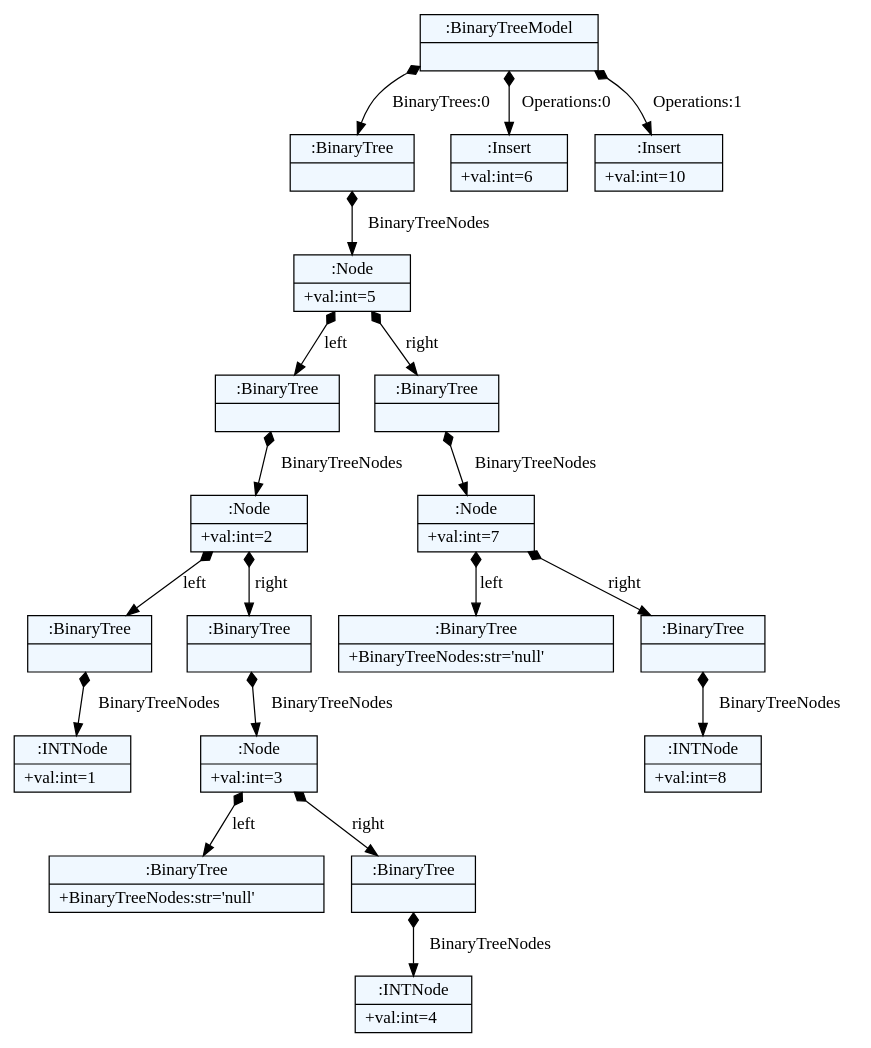
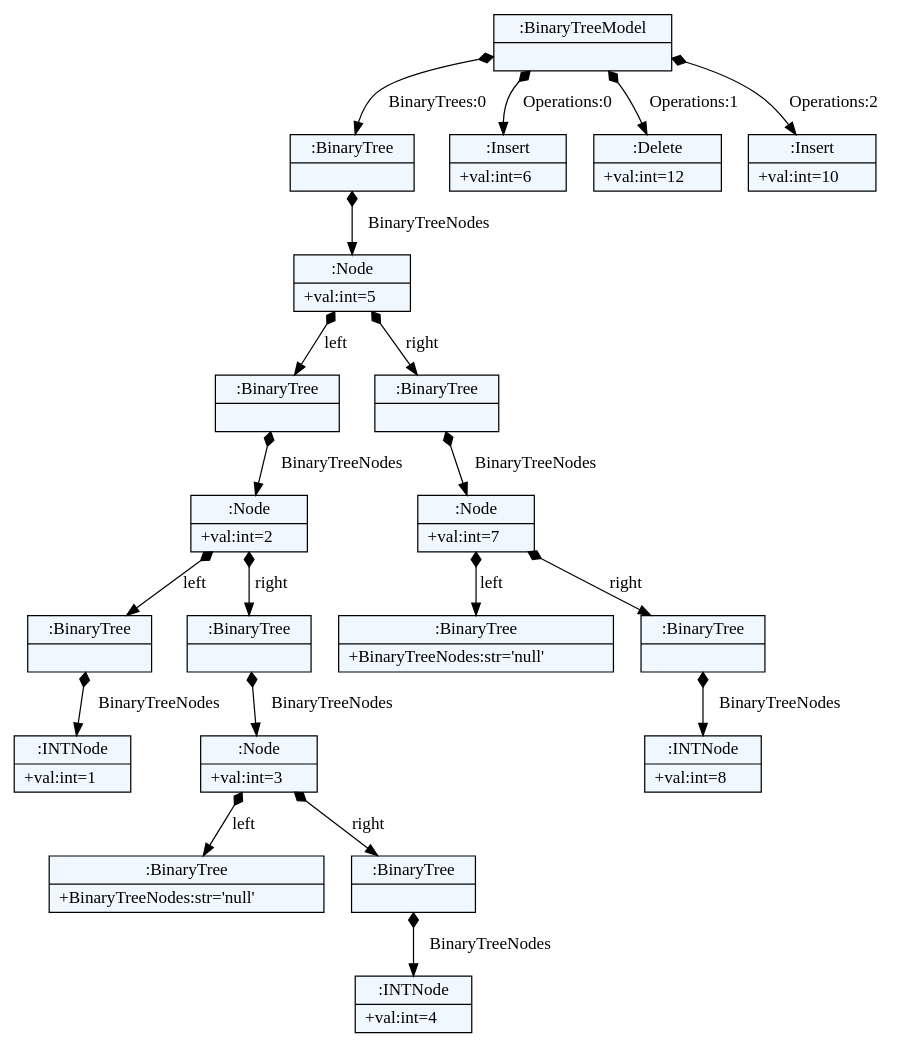
Before and after one commit to 0xtinyuk/DSL4BinaryTree: the diagram in test.dot, drawn with Graphviz. The commit also changed 4 other files, not shown here.

```diff
--- a/test.dot
+++ b/test.dot
@@ -1,52 +1,54 @@
 
     digraph textX {
     fontname = "Bitstream Vera Sans"
     fontsize = 8
     node[
         shape=record,
         style=filled,
         fillcolor=aliceblue
     ]
     nodesep = 0.3
     edge[dir=black,arrowtail=empty]
 
 
-4638082960 -> 4638083392 [label="BinaryTrees:0" arrowtail=diamond dir=both]
-4638083392 -> 4638083584 [label="BinaryTreeNodes" arrowtail=diamond dir=both]
-4638083584 -> 4638083728 [label="left" arrowtail=diamond dir=both]
-4638083728 -> 4638083872 [label="BinaryTreeNodes" arrowtail=diamond dir=both]
-4638083872 -> 4638084016 [label="left" arrowtail=diamond dir=both]
-4638084016 -> 4638084160 [label="BinaryTreeNodes" arrowtail=diamond dir=both]
-4638084160[label="{:INTNode|+val:int=1\l}"]
-4638084016[label="{:BinaryTree|}"]
-4638083872 -> 4638084112 [label="right" arrowtail=diamond dir=both]
-4638084112 -> 4638084352 [label="BinaryTreeNodes" arrowtail=diamond dir=both]
-4638084352 -> 4638084496 [label="left" arrowtail=diamond dir=both]
-4638084496[label="{:BinaryTree|+BinaryTreeNodes:str='null'\l}"]
-4638084352 -> 4638084592 [label="right" arrowtail=diamond dir=both]
-4638084592 -> 4638084736 [label="BinaryTreeNodes" arrowtail=diamond dir=both]
-4638084736[label="{:INTNode|+val:int=4\l}"]
-4638084592[label="{:BinaryTree|}"]
-4638084352[label="{:Node|+val:int=3\l}"]
-4638084112[label="{:BinaryTree|}"]
-4638083872[label="{:Node|+val:int=2\l}"]
-4638083728[label="{:BinaryTree|}"]
-4638083584 -> 4638083824 [label="right" arrowtail=diamond dir=both]
-4638083824 -> 4638084304 [label="BinaryTreeNodes" arrowtail=diamond dir=both]
-4638084304 -> 4638084448 [label="left" arrowtail=diamond dir=both]
-4638084448[label="{:BinaryTree|+BinaryTreeNodes:str='null'\l}"]
-4638084304 -> 4638084832 [label="right" arrowtail=diamond dir=both]
-4638084832 -> 4638084976 [label="BinaryTreeNodes" arrowtail=diamond dir=both]
-4638084976[label="{:INTNode|+val:int=8\l}"]
-4638084832[label="{:BinaryTree|}"]
-4638084304[label="{:Node|+val:int=7\l}"]
-4638083824[label="{:BinaryTree|}"]
-4638083584[label="{:Node|+val:int=5\l}"]
-4638083392[label="{:BinaryTree|}"]
-4638082960 -> 4638083680 [label="Operations:0" arrowtail=diamond dir=both]
-4638083680[label="{:Insert|+val:int=6\l}"]
-4638082960 -> 4638083632 [label="Operations:1" arrowtail=diamond dir=both]
-4638083632[label="{:Insert|+val:int=10\l}"]
-4638082960[label="{:BinaryTreeModel|}"]
+4700177360 -> 4700177552 [label="BinaryTrees:0" arrowtail=diamond dir=both]
+4700177552 -> 4700177744 [label="BinaryTreeNodes" arrowtail=diamond dir=both]
+4700177744 -> 4700177888 [label="left" arrowtail=diamond dir=both]
+4700177888 -> 4700178032 [label="BinaryTreeNodes" arrowtail=diamond dir=both]
+4700178032 -> 4700178176 [label="left" arrowtail=diamond dir=both]
+4700178176 -> 4700178320 [label="BinaryTreeNodes" arrowtail=diamond dir=both]
+4700178320[label="{:INTNode|+val:int=1\l}"]
+4700178176[label="{:BinaryTree|}"]
+4700178032 -> 4700178272 [label="right" arrowtail=diamond dir=both]
+4700178272 -> 4700178512 [label="BinaryTreeNodes" arrowtail=diamond dir=both]
+4700178512 -> 4700178656 [label="left" arrowtail=diamond dir=both]
+4700178656[label="{:BinaryTree|+BinaryTreeNodes:str='null'\l}"]
+4700178512 -> 4700178752 [label="right" arrowtail=diamond dir=both]
+4700178752 -> 4700178896 [label="BinaryTreeNodes" arrowtail=diamond dir=both]
+4700178896[label="{:INTNode|+val:int=4\l}"]
+4700178752[label="{:BinaryTree|}"]
+4700178512[label="{:Node|+val:int=3\l}"]
+4700178272[label="{:BinaryTree|}"]
+4700178032[label="{:Node|+val:int=2\l}"]
+4700177888[label="{:BinaryTree|}"]
+4700177744 -> 4700177984 [label="right" arrowtail=diamond dir=both]
+4700177984 -> 4700178464 [label="BinaryTreeNodes" arrowtail=diamond dir=both]
+4700178464 -> 4700178608 [label="left" arrowtail=diamond dir=both]
+4700178608[label="{:BinaryTree|+BinaryTreeNodes:str='null'\l}"]
+4700178464 -> 4700178992 [label="right" arrowtail=diamond dir=both]
+4700178992 -> 4700179136 [label="BinaryTreeNodes" arrowtail=diamond dir=both]
+4700179136[label="{:INTNode|+val:int=8\l}"]
+4700178992[label="{:BinaryTree|}"]
+4700178464[label="{:Node|+val:int=7\l}"]
+4700177984[label="{:BinaryTree|}"]
+4700177744[label="{:Node|+val:int=5\l}"]
+4700177552[label="{:BinaryTree|}"]
+4700177360 -> 4700177840 [label="Operations:0" arrowtail=diamond dir=both]
+4700177840[label="{:Insert|+val:int=6\l}"]
+4700177360 -> 4700177792 [label="Operations:1" arrowtail=diamond dir=both]
+4700177792[label="{:Delete|+val:int=12\l}"]
+4700177360 -> 4700178560 [label="Operations:2" arrowtail=diamond dir=both]
+4700178560[label="{:Insert|+val:int=10\l}"]
+4700177360[label="{:BinaryTreeModel|}"]
 
 }
```
